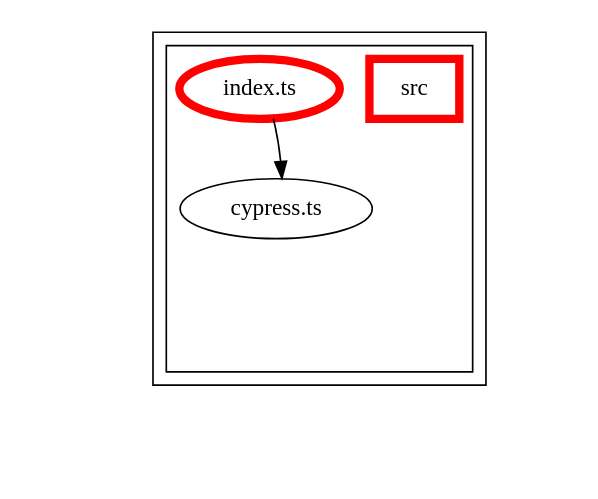
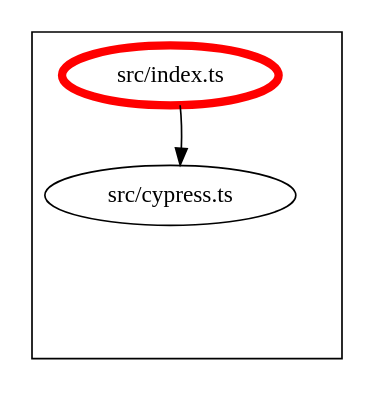
Before and after one commit to Siteimprove/alfa-integrations: the diagram in packages/alfa-cypress/docs/dependency-graph.dot, drawn with Graphviz. The commit also changed 88 other files, not shown here.

```diff
--- a/packages/alfa-cypress/docs/dependency-graph.dot
+++ b/packages/alfa-cypress/docs/dependency-graph.dot
@@ -1,65 +1,32 @@
-digraph "dependency-graph-[object Object]" {
+digraph "dependency-graph-@siteimprove/alfa-cypress" {
   compound = true;
-  "dependency-graph-[object Object]" [
-    style = "invis";
-  ];
   "src/cypress.ts";
   subgraph "cluster_src" {
     color = "#000000";
     label = "";
-    "name_src" [
+    "src/index.ts" [
+      label = "src/index.ts";
+      color = "#ff0000";
       penwidth = 5;
-      shape = "rectangle";
-      color = "#ff0000";
-      label = "src";
     ];
     "exit_src" [
       style = "invis";
     ];
-    subgraph "cluster_src" {
-      color = "#000000";
-      label = "";
-      "name_src" [
-        penwidth = 5;
-        shape = "rectangle";
-        color = "#ff0000";
-        label = "src";
-      ];
-      "exit_src" [
-        style = "invis";
-      ];
-      "src/cypress.ts" [
-        label = "cypress.ts";
-      ];
-      "src/index.ts" [
-        label = "index.ts";
-        color = "#ff0000";
-        penwidth = 5;
-      ];
-      "src/cypress.ts" -> "exit_src" [
-        style = "invis";
-      ];
-      "src/index.ts" -> "exit_src" [
-        style = "invis";
-      ];
-    }
-    "exit_src" -> "exit_src" [
+    "src/cypress.ts" [
+      label = "src/cypress.ts";
+    ];
+    "src/index.ts" -> "exit_src" [
       style = "invis";
     ];
-    "exit_src" -> "exit_src" [
+    "src/cypress.ts" -> "exit_src" [
       style = "invis";
     ];
   }
-  "exit_src" -> "dependency-graph-[object Object]" [
-    style = "invis";
-  ];
   "src/index.ts" -> "src/cypress.ts" [
     style = "invis";
   ];
   "src/index.ts" -> "src/cypress.ts" [
     style = "solid";
-    ltail = "cluster_src/index.ts";
-    lhead = "cluster_src/cypress.ts";
     color = "black";
   ];
 }
```
